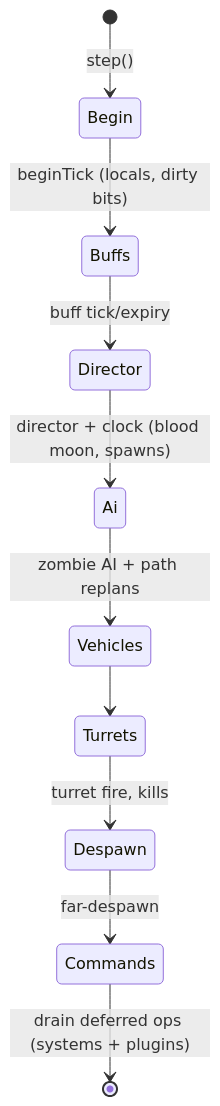
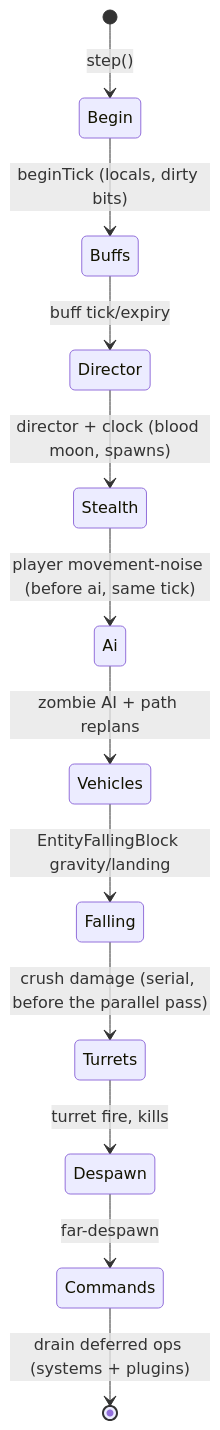
The second of 21 diagrams in docs/STATE_MACHINES.md (hordeforge/zdtd-server), drawn with Mermaid before and after one commit.

Commit message:
docs: STATE_MACHINES tick diagram includes the stealth and falling phases
The Phase enum (ecs/schedule.zig) has ten phases; the diagram showed eight,
omitting stealth (player movement-noise, before ai so zombies react the same
tick) and falling (EntityFallingBlock gravity/landing, after vehicles, before
the parallel turret pass).

````diff
--- a/docs/STATE_MACHINES.md
+++ b/docs/STATE_MACHINES.md
@@ -85,12 +85,14 @@
 ```mermaid
 stateDiagram-v2
     [*] --> Begin: step()
     Begin --> Buffs: beginTick (locals, dirty bits)
     Buffs --> Director: buff tick/expiry
-    Director --> Ai: director + clock (blood moon, spawns)
+    Director --> Stealth: director + clock (blood moon, spawns)
+    Stealth --> Ai: player movement-noise (before ai, same tick)
     Ai --> Vehicles: zombie AI + path replans
-    Vehicles --> Turrets
+    Vehicles --> Falling: EntityFallingBlock gravity/landing
+    Falling --> Turrets: crush damage (serial, before the parallel pass)
     Turrets --> Despawn: turret fire, kills
     Despawn --> Commands: far-despawn
     Commands --> [*]: drain deferred ops (systems + plugins)
 ```
````
